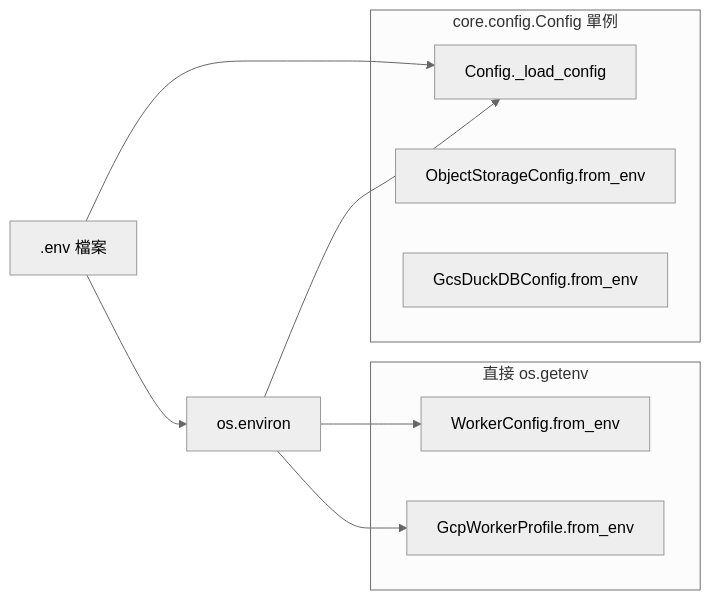
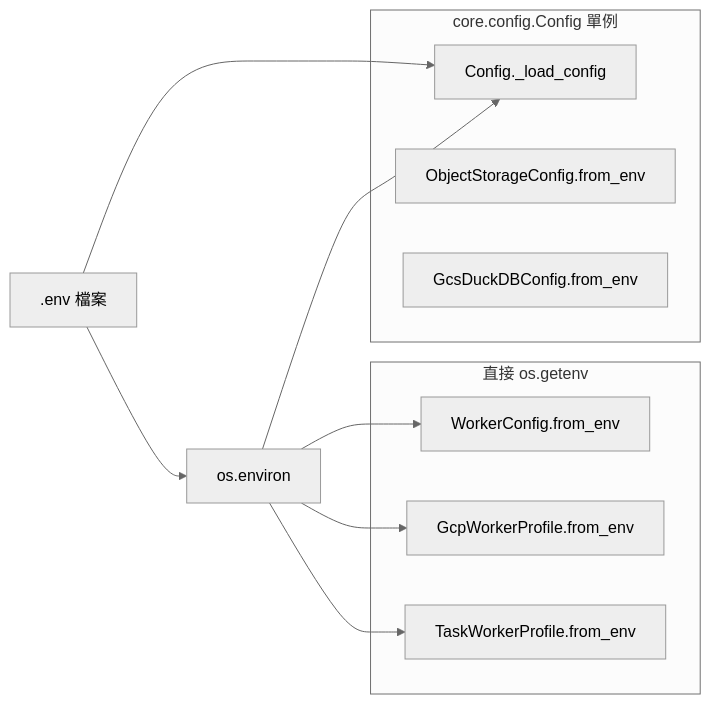
The fourth of 4 diagrams in docs/worker_config_assembly.md (RoyceAzure/stock-ana-atsk-worker), drawn with Mermaid (neutral theme) before and after one commit. The commit also changed other lines of this file and 9 other files, not shown here.

Commit message:
[feat] Add task handling configuration and assembly; introduce TaskWorkerProfile and TaskWorkerAssembly for dynamic task management based on environment variables

````diff
--- a/docs/worker_config_assembly.md
+++ b/docs/worker_config_assembly.md
@@ -302,19 +375,21 @@
 ```mermaid
 graph LR
     subgraph Direct["直接 os.getenv"]
         WC2[WorkerConfig.from_env]
         GWP2[GcpWorkerProfile.from_env]
+        TWP2[TaskWorkerProfile.from_env]
     end
 
     subgraph Singleton["core.config.Config 單例"]
         CFG[Config._load_config]
         OSC2[ObjectStorageConfig.from_env]
         GCS2[GcsDuckDBConfig.from_env]
     end
 
     DOTENV[.env 檔案] --> CFG
     OSENV[os.environ] --> CFG
     OSENV --> WC2
     OSENV --> GWP2
+    OSENV --> TWP2
     DOTENV --> OSENV
 ```
````
